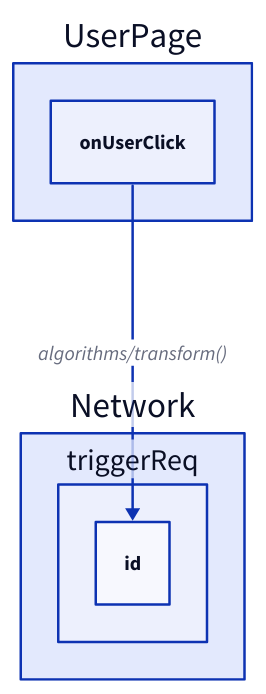
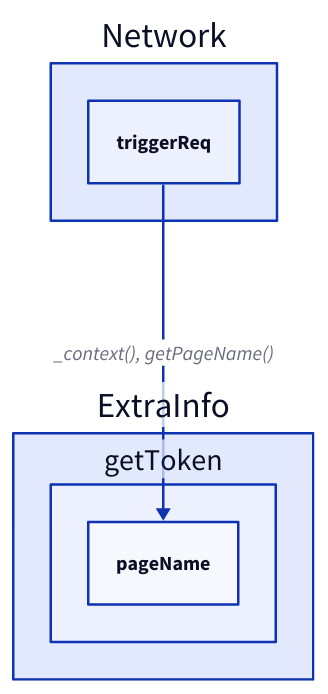
One commit to sien75/GraphiCode-skills changed the second of 5 diagrams in junior-engineer-ts-flow/references/flow.md. Above: the diagram before and after it, drawn with D2. The commit also changed other lines of this file and 4 other files, not shown here.

Commit message:
flow change - part 1

````diff
--- a/junior-engineer-ts-flow/references/flow.md
+++ b/junior-engineer-ts-flow/references/flow.md
@@ -40,3 +47,4 @@
 ```d2
-UserPage.onUserClick -> Network.triggerReq.id: algorithms/transform()
+# 1
+Network.triggerReq -> ExtraInfo.getToken.pageName: _context(), getPageName()
 ```
````
